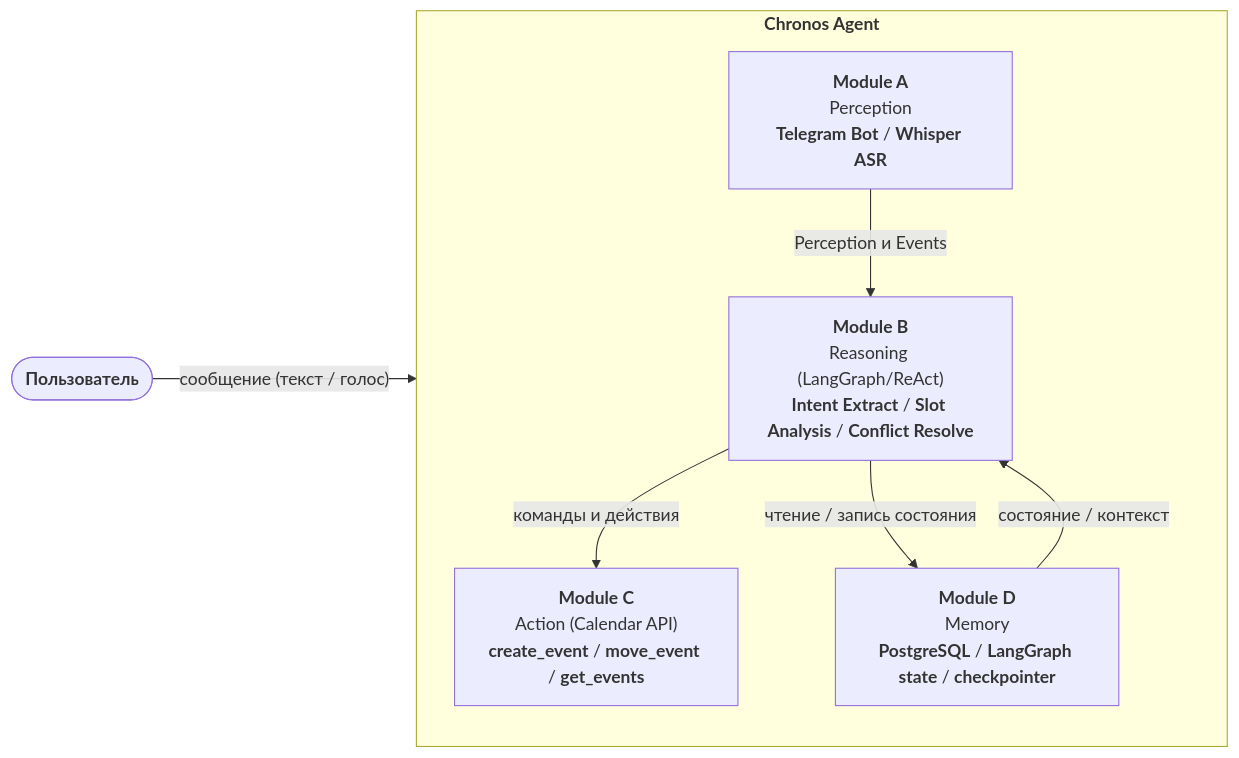
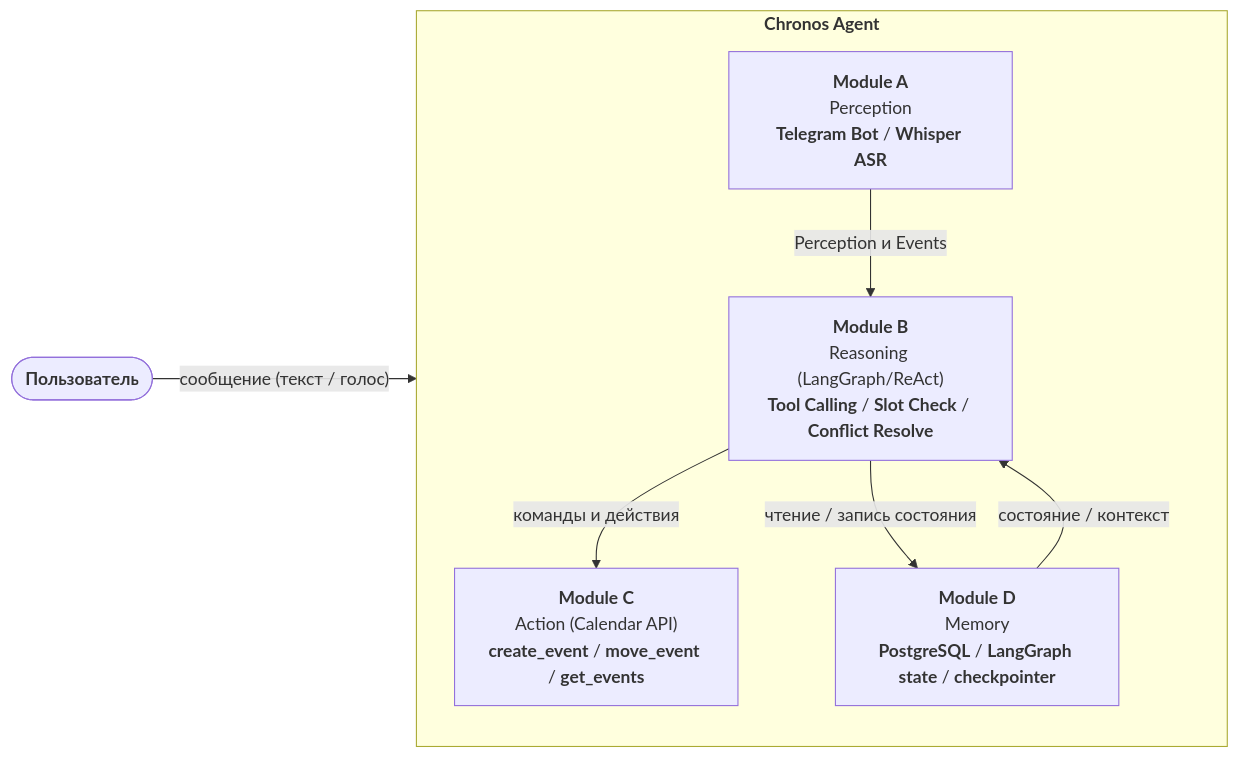
One commit to s2021sss/Chronos-Agent changed the diagram in docs/system-design.md. Above: the diagram before and after it, drawn with Mermaid. The commit also changed other lines of this file and 13 other files, not shown here.

````diff
--- a/docs/system-design.md
+++ b/docs/system-design.md
@@ -42,22 +42,22 @@
 ```mermaid
 flowchart LR
     %% Направление слева направо
     User(["<b>Пользователь</b>"])
 
     subgraph SYSTEM ["<b>Chronos Agent</b>"]
         direction TB
         ModuleA["<b>Module A</b><br/>Perception<br/><b>Telegram Bot</b> / <b>Whisper ASR</b>"]
-        ModuleB["<b>Module B</b><br/>Reasoning (LangGraph/ReAct)<br/><b>Intent Extract</b> / <b>Slot Analysis</b> / <b>Conflict Resolve</b>"]
+        ModuleB["<b>Module B</b><br/>Reasoning (LangGraph/ReAct)<br/><b>Tool Calling</b> / <b>Slot Check</b> / <b>Conflict Resolve</b>"]
         ModuleC["<b>Module C</b><br/>Action (Calendar API)<br/><b>create_event</b> / <b>move_event</b> / <b>get_events</b>"]
         ModuleD["<b>Module D</b><br/>Memory<br/><b>PostgreSQL</b> / <b>LangGraph state</b> / <b>checkpointer</b>"]
     end
 
     %% Внешний пользовательский ввод
     User -- "сообщение (текст / голос)" --> ModuleA
 
     %% Потоки данных между модулями Chronos Agent
     ModuleA -- "Perception и Events" --> ModuleB
     ModuleB -- "команды и действия" --> ModuleC
     ModuleB -- "чтение / запись состояния" --> ModuleD
     ModuleD -- "состояние / контекст" --> ModuleB
 ```
````
